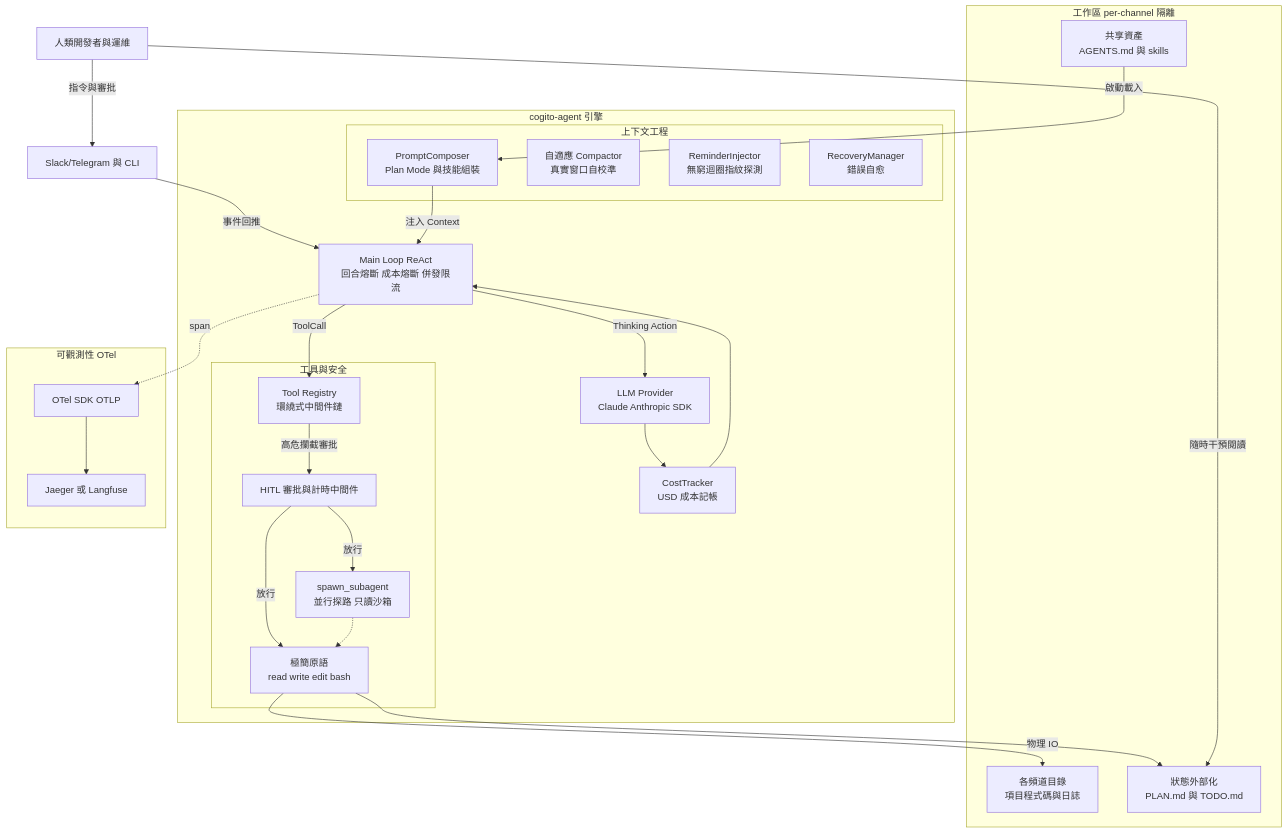
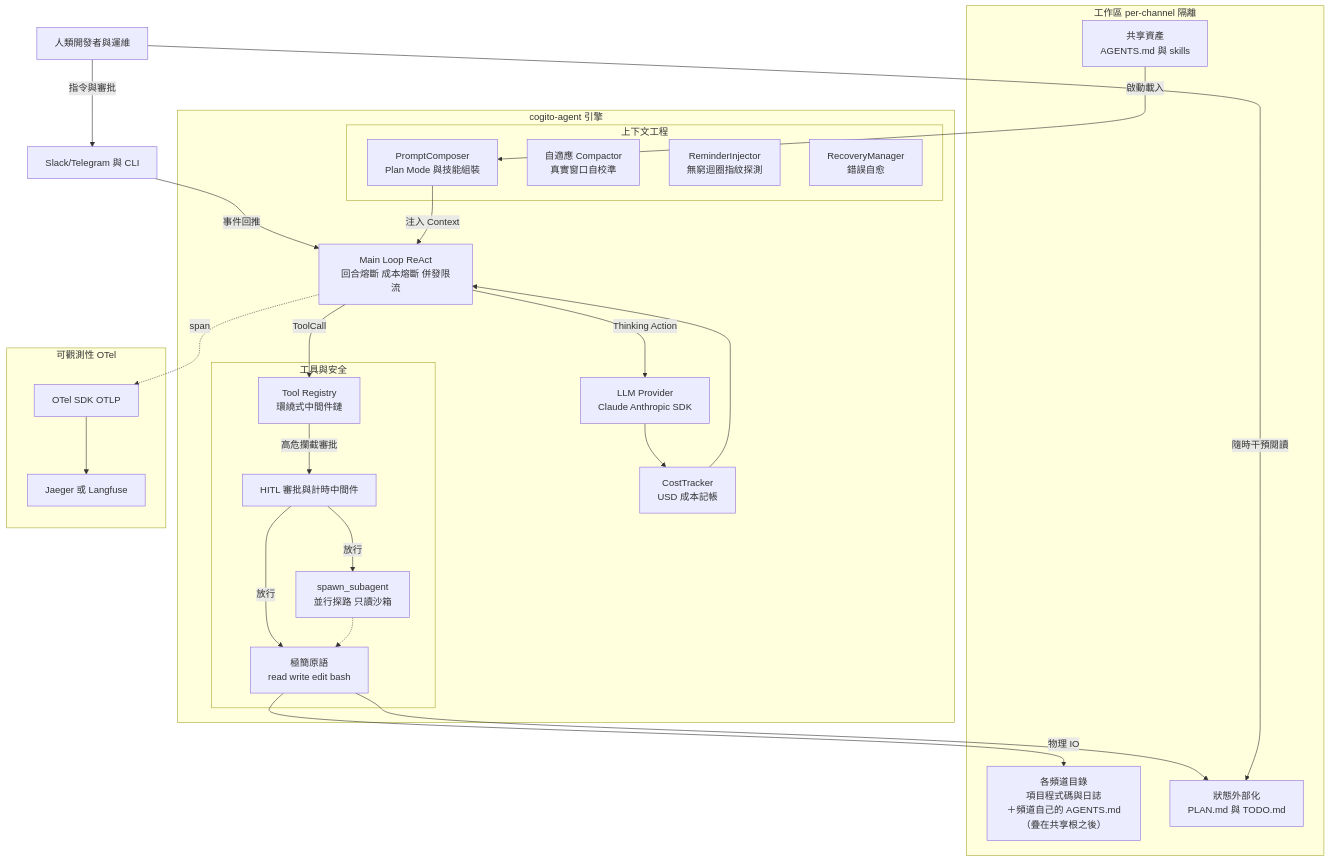
Before and after one commit to SIMPLYBOYS/cogito-agent: the first of 2 diagrams in README.md, drawn with Mermaid. The commit also changed other lines of this file and 3 other files, not shown here.

First line of the commit message:
feat(context): 頻道工作目錄的 AGENTS.md 疊在共享根之後——辦公室人設終於進得了 system prompt

````diff
--- a/README.md
+++ b/README.md
@@ -80,54 +80,54 @@
 ```mermaid
 flowchart TB
   HUMAN["人類開發者與運維"]
   IM["Slack/Telegram 與 CLI"]
 
   subgraph ENGINE["cogito-agent 引擎"]
     LLM["LLM Provider<br/>Claude Anthropic SDK"]
     COST["CostTracker<br/>USD 成本記帳"]
     LOOP["Main Loop ReAct<br/>回合熔斷 成本熔斷 併發限流"]
 
     subgraph CTX["上下文工程"]
       COMPOSER["PromptComposer<br/>Plan Mode 與技能組裝"]
       COMPACT["自適應 Compactor<br/>真實窗口自校準"]
       REMIND["ReminderInjector<br/>無窮迴圈指紋探測"]
       RECOVER["RecoveryManager<br/>錯誤自愈"]
     end
 
     subgraph TZ["工具與安全"]
       REG["Tool Registry<br/>環繞式中間件鏈"]
       MW["HITL 審批與計時中間件"]
       PRIM["極簡原語<br/>read write edit bash"]
       SUB["spawn_subagent<br/>並行探路 只讀沙箱"]
     end
   end
 
   subgraph WS["工作區 per-channel 隔離"]
     ASSETS["共享資產<br/>AGENTS.md 與 skills"]
-    PROJ["各頻道目錄<br/>項目程式碼與日誌"]
+    PROJ["各頻道目錄<br/>項目程式碼與日誌<br/>＋頻道自己的 AGENTS.md（疊在共享根之後）"]
     STATE["狀態外部化<br/>PLAN.md 與 TODO.md"]
   end
 
   subgraph OBS["可觀測性 OTel"]
     OTEL["OTel SDK OTLP"]
     BACKEND["Jaeger 或 Langfuse"]
   end
 
   HUMAN -->|指令與審批| IM
   IM -->|事件回推| LOOP
   COMPOSER -->|注入 Context| LOOP
   LOOP -->|Thinking Action| LLM
   LLM --> COST
   COST --> LOOP
   LOOP -->|ToolCall| REG
   REG -->|高危攔截審批| MW
   MW -->|放行| PRIM
   MW -->|放行| SUB
   SUB -.-> PRIM
   ASSETS -->|啟動載入| COMPOSER
   PRIM -->|物理 IO| PROJ
   PRIM --> STATE
   HUMAN -->|隨時干預閱讀| STATE
   LOOP -.->|span| OTEL
   OTEL --> BACKEND
 ```
````
